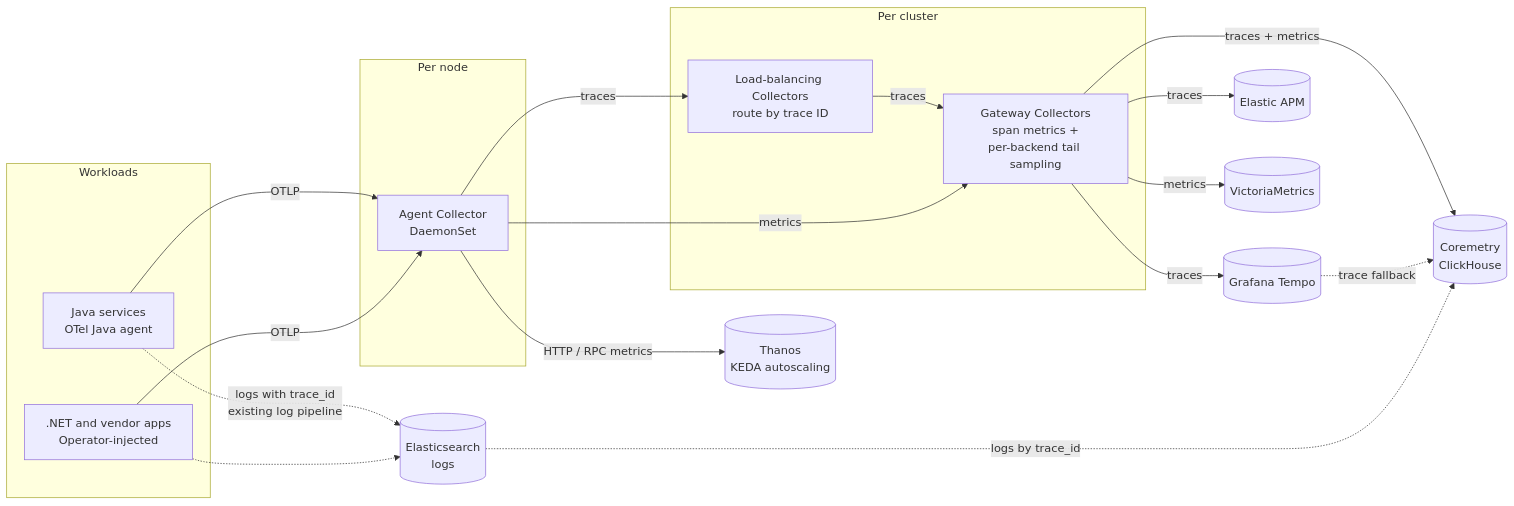
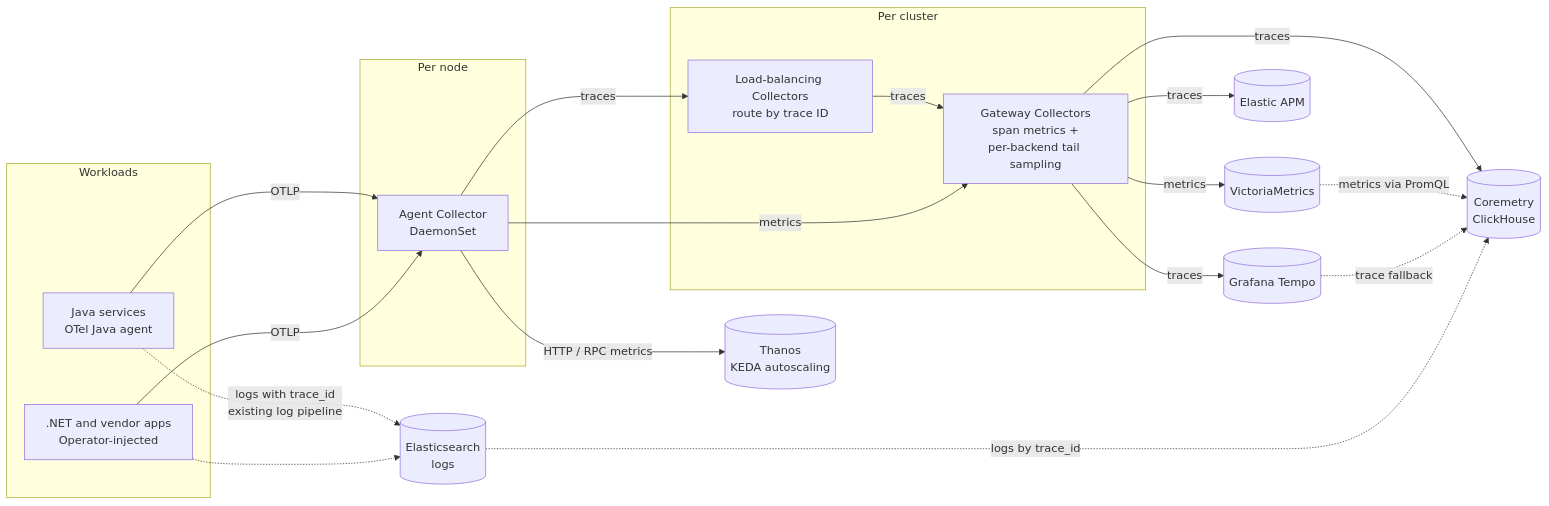
One commit to open-telemetry/opentelemetry.io changed the diagram in content/en/docs/guidance/reference-implementations/akbank/index.md. Above: the diagram before and after it, drawn with Mermaid. The commit also changed other lines of this file, not shown here.

Commit message:
Akbank reference implementation: Coremetry reads metrics from VictoriaMetrics; gateway sends it traces only

````diff
--- a/content/en/docs/guidance/reference-implementations/akbank/index.md
+++ b/content/en/docs/guidance/reference-implementations/akbank/index.md
@@ -141,28 +142,29 @@
 ```mermaid
 graph LR
   subgraph Workloads
     J[Java services<br/>OTel Java agent]
     N[.NET and vendor apps<br/>Operator-injected]
   end
   subgraph Per node
     A[Agent Collector<br/>DaemonSet]
   end
   subgraph Per cluster
     LB[Load-balancing Collectors<br/>route by trace ID]
     G[Gateway Collectors<br/>span metrics +<br/>per-backend tail sampling]
   end
   J -->|OTLP| A
   N -->|OTLP| A
   A -->|traces| LB
   LB -->|traces| G
   A -->|metrics| G
   A -->|HTTP / RPC metrics| K[(Thanos<br/>KEDA autoscaling)]
   G -->|traces| T[(Grafana Tempo)]
   G -->|traces| EA[(Elastic APM)]
-  G -->|traces + metrics| C[(Coremetry<br/>ClickHouse)]
+  G -->|traces| C[(Coremetry<br/>ClickHouse)]
   G -->|metrics| M[(VictoriaMetrics)]
+  M -.->|metrics via PromQL| C
   J -.->|logs with trace_id<br/>existing log pipeline| E[(Elasticsearch<br/>logs)]
   N -.-> E
   T -.->|trace fallback| C
   E -.->|logs by trace_id| C
 ```
````
